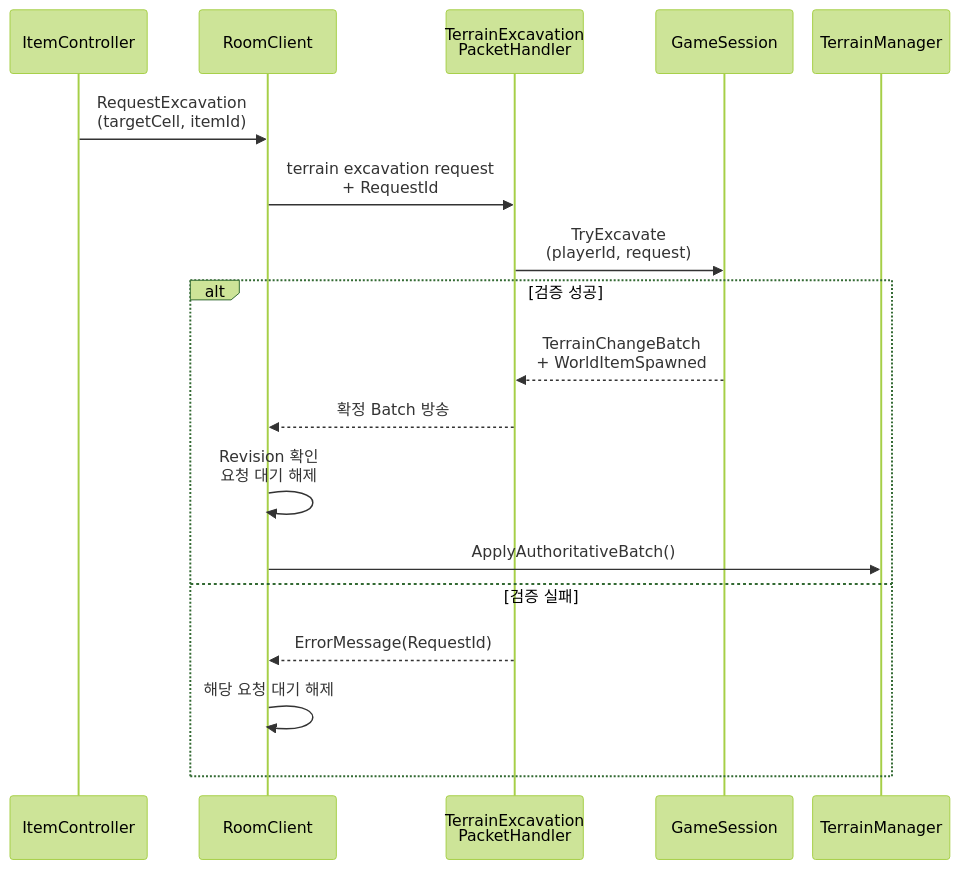
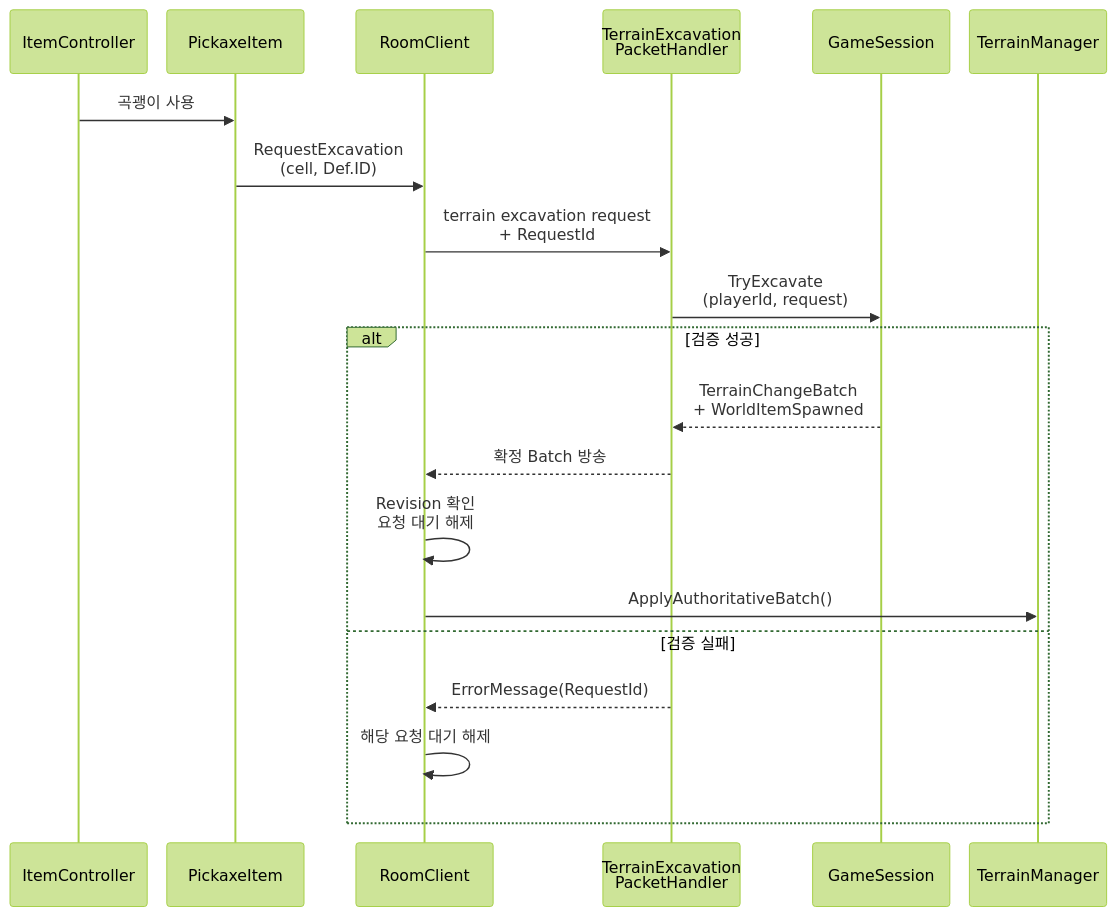
Before and after one commit to keeeery/portfolio: the eighth of 12 diagrams in src/2-Folk-Sack/TechDoc_FolkSack.md, drawn with Mermaid (forest theme). The commit also changed other lines of this file and 12 other files, not shown here.

````diff
--- a/src/2-Folk-Sack/TechDoc_FolkSack.md
+++ b/src/2-Folk-Sack/TechDoc_FolkSack.md
@@ -494,21 +494,23 @@
 ```mermaid
 %%{init: {"sequence": {"actorMargin": 20, "width": 140, "wrap": true}}}%%
 sequenceDiagram
     participant I as ItemController
+    participant P as PickaxeItem
     participant C as RoomClient
     participant H as TerrainExcavation<br/>PacketHandler
     participant G as GameSession
     participant T as TerrainManager
-    I->>C: RequestExcavation<br/>(targetCell, itemId)
+    I->>P: 곡괭이 사용
+    P->>C: RequestExcavation<br/>(cell, Def.ID)
     C->>H: terrain excavation request<br/>+ RequestId
     H->>G: TryExcavate<br/>(playerId, request)
     alt 검증 성공
         G-->>H: TerrainChangeBatch<br/>+ WorldItemSpawned
         H-->>C: 확정 Batch 방송
         C->>C: Revision 확인<br/>요청 대기 해제
         C->>T: ApplyAuthoritativeBatch()
     else 검증 실패
         H-->>C: ErrorMessage(RequestId)
         C->>C: 해당 요청 대기 해제
     end
 ```
````
